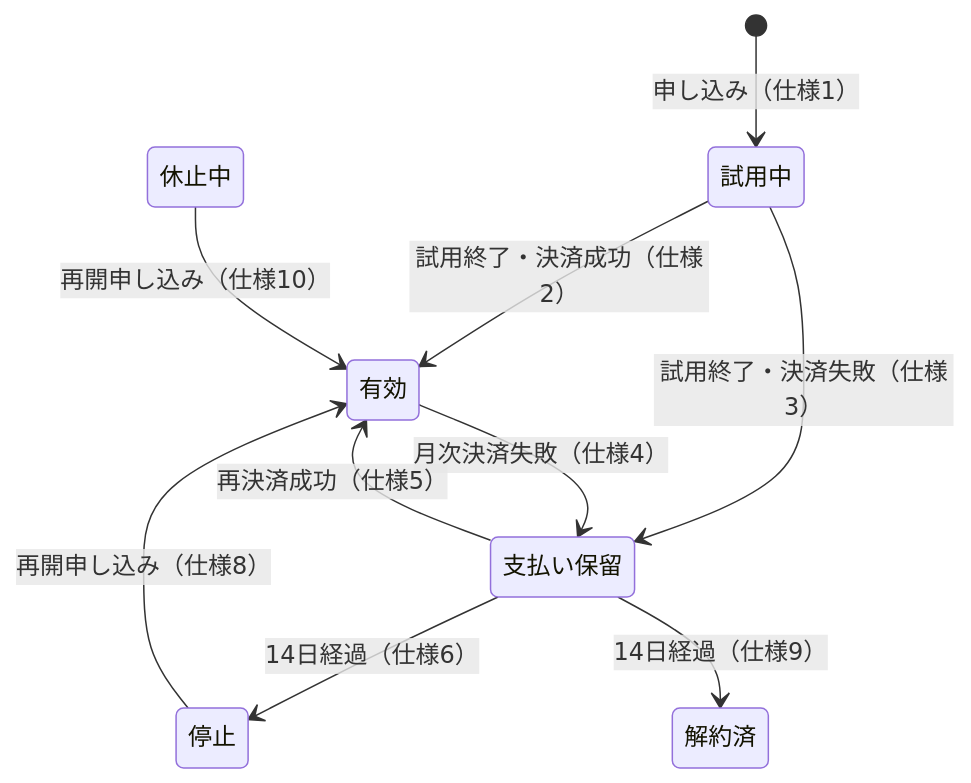
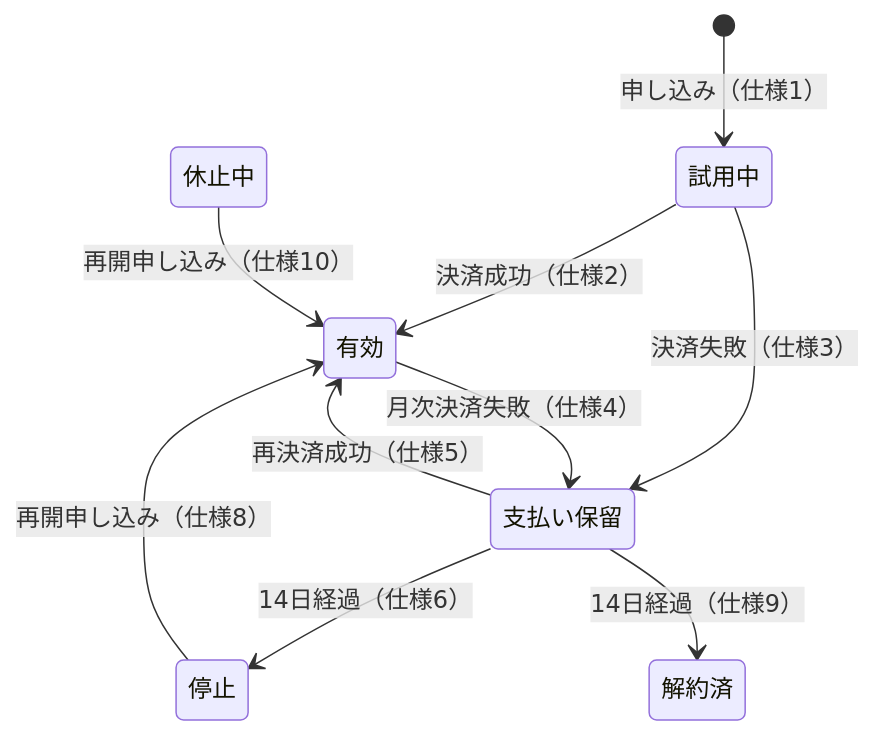
One commit to ozaki25/jstqb-foundation-training-ozaki25 changed the second of 2 diagrams in sites/al-ta/docs/lessons/lesson27/index.md. Above: the diagram before and after it, drawn with Mermaid. The commit also changed other lines of this file and 2 other files, not shown here.

````diff
--- a/sites/al-ta/docs/lessons/lesson27/index.md
+++ b/sites/al-ta/docs/lessons/lesson27/index.md
@@ -202,13 +202,13 @@
 ```mermaid
 stateDiagram-v2
     direction TB
     [*] --> 試用中: 申し込み（仕様1）
-    試用中 --> 有効: 試用終了・決済成功（仕様2）
-    試用中 --> 支払い保留: 試用終了・決済失敗（仕様3）
+    試用中 --> 有効: 決済成功（仕様2）
+    試用中 --> 支払い保留: 決済失敗（仕様3）
     有効 --> 支払い保留: 月次決済失敗（仕様4）
     支払い保留 --> 有効: 再決済成功（仕様5）
     支払い保留 --> 停止: 14日経過（仕様6）
     支払い保留 --> 解約済: 14日経過（仕様9）
     停止 --> 有効: 再開申し込み（仕様8）
     休止中 --> 有効: 再開申し込み（仕様10）
 ```
````
